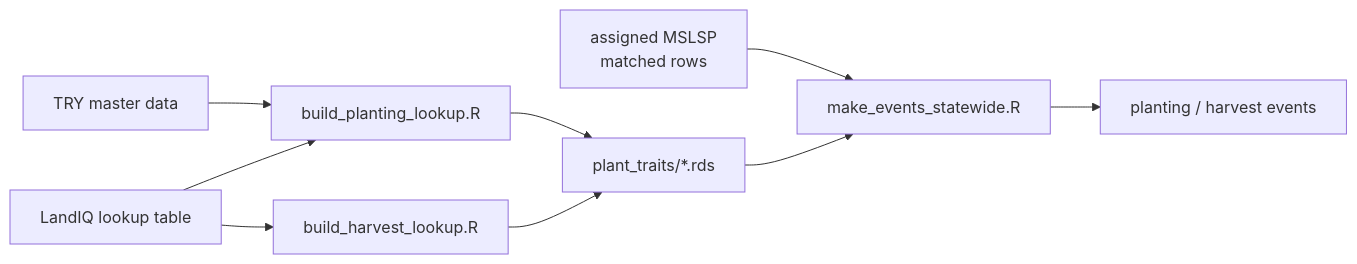
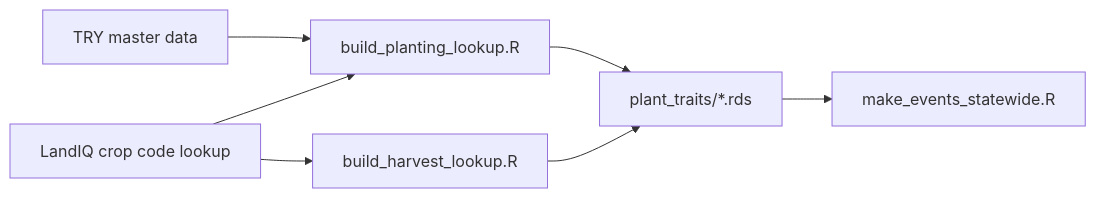
Before and after one commit to PecanProject/pecan: the diagram in modules/data.remote/inst/ccmmf/traits/README.md, drawn with Mermaid. The commit also changed other lines of this file and 170 other files, not shown here.

````diff
--- a/modules/data.remote/inst/ccmmf/traits/README.md
+++ b/modules/data.remote/inst/ccmmf/traits/README.md
@@ -8,11 +11,9 @@
 ```mermaid
 flowchart LR
   TRY["TRY master data"] --> PL["build_planting_lookup.R"]
-  LIQ["LandIQ lookup table"] --> PL
+  LIQ["LandIQ crop code lookup"] --> PL
   LIQ --> HL["build_harvest_lookup.R"]
   PL --> LK["plant_traits/*.rds"]
   HL --> LK
-  ASS["assigned MSLSP\nmatched rows"] --> EV["make_events_statewide.R"]
-  LK --> EV
-  EV --> OUT["planting / harvest events"]
+  LK --> EV["make_events_statewide.R"]
 ```
````
